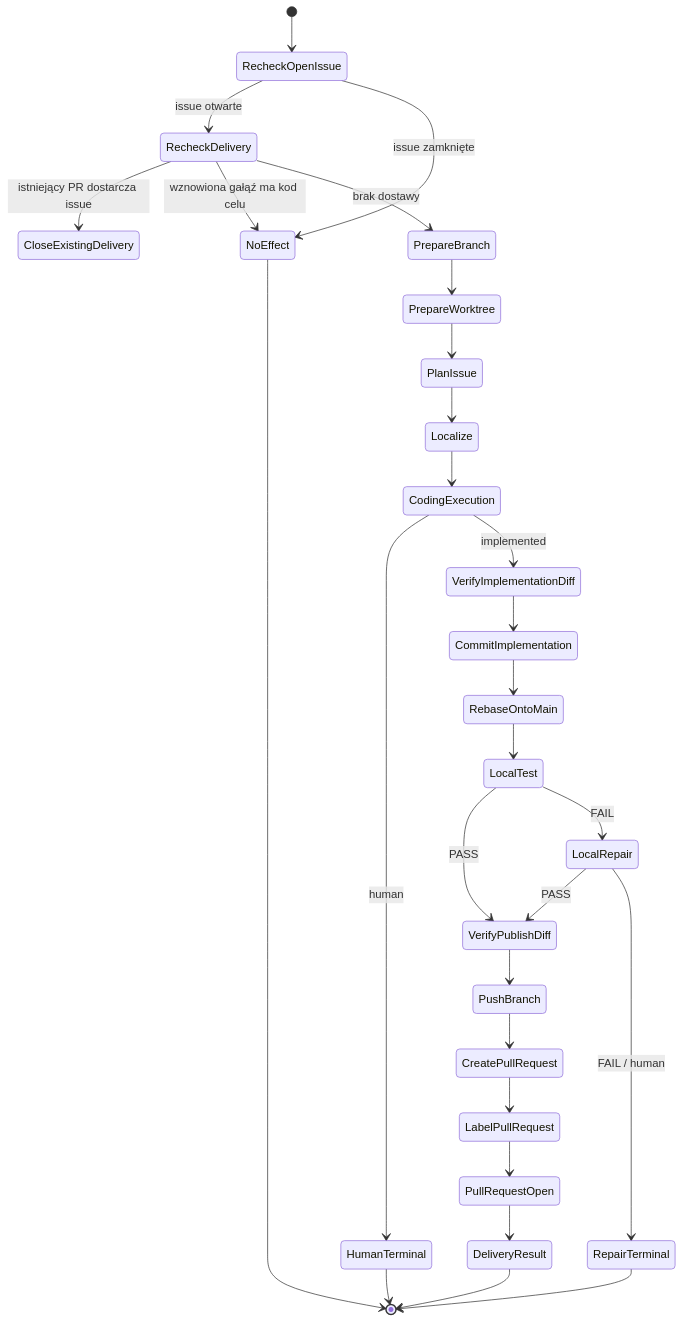
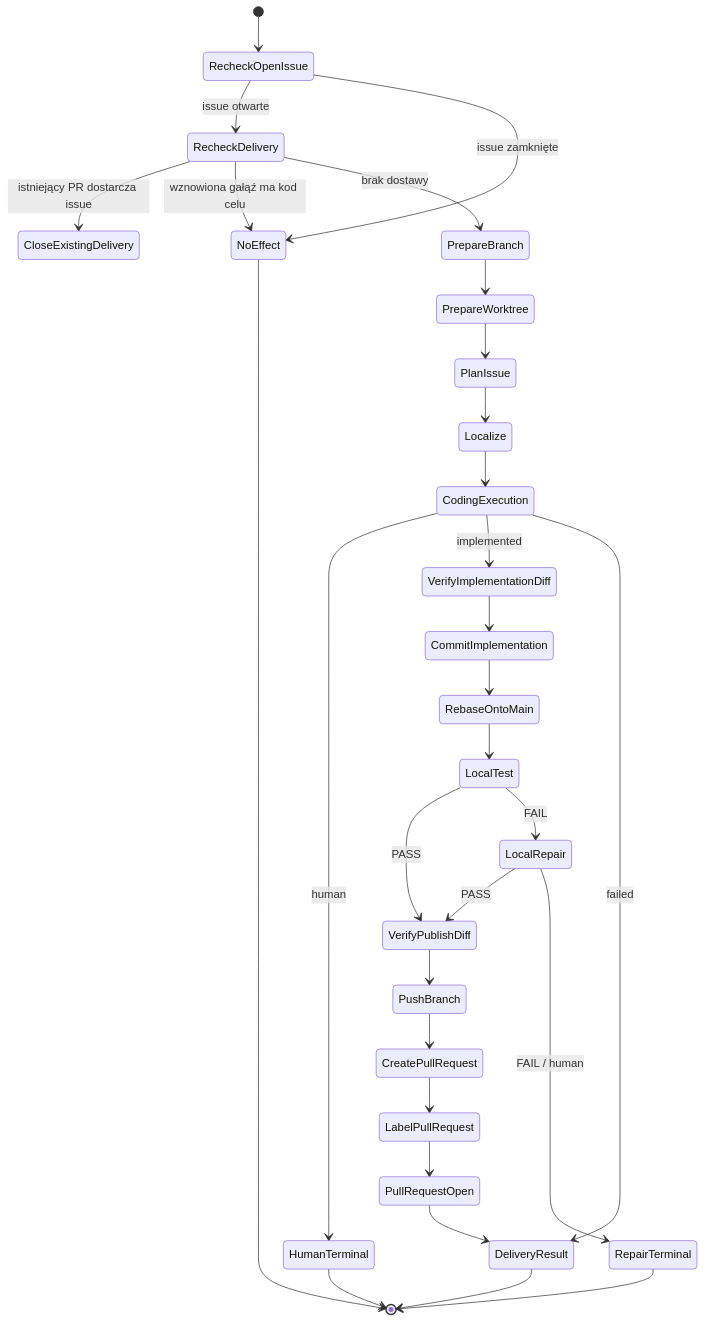
Before and after one commit to mikolaj92/lokay: diagram 40 of 45 in README.md, drawn with Mermaid. The commit also changed other lines of this file and 8 other files, not shown here.

First line of the commit message:
Isolate coding_execution journals and classify nested fire failure.

````diff
--- a/README.md
+++ b/README.md
@@ -1088,31 +1088,32 @@
 ```mermaid
 stateDiagram-v2
     [*] --> RecheckOpenIssue
     RecheckOpenIssue --> RecheckDelivery: issue otwarte
     RecheckOpenIssue --> NoEffect: issue zamknięte
     RecheckDelivery --> CloseExistingDelivery: istniejący PR dostarcza issue
     RecheckDelivery --> NoEffect: wznowiona gałąź ma kod celu
     RecheckDelivery --> PrepareBranch: brak dostawy
     PrepareBranch --> PrepareWorktree
     PrepareWorktree --> PlanIssue
     PlanIssue --> Localize
     Localize --> CodingExecution
     CodingExecution --> HumanTerminal: human
     CodingExecution --> VerifyImplementationDiff: implemented
+    CodingExecution --> DeliveryResult: failed
     VerifyImplementationDiff --> CommitImplementation
     CommitImplementation --> RebaseOntoMain
     RebaseOntoMain --> LocalTest
     LocalTest --> VerifyPublishDiff: PASS
     LocalTest --> LocalRepair: FAIL
     LocalRepair --> VerifyPublishDiff: PASS
     LocalRepair --> RepairTerminal: FAIL / human
     VerifyPublishDiff --> PushBranch
     PushBranch --> CreatePullRequest
     CreatePullRequest --> LabelPullRequest
     LabelPullRequest --> PullRequestOpen
     PullRequestOpen --> DeliveryResult
     DeliveryResult --> [*]
     NoEffect --> [*]
     HumanTerminal --> [*]
     RepairTerminal --> [*]
 ```
````
